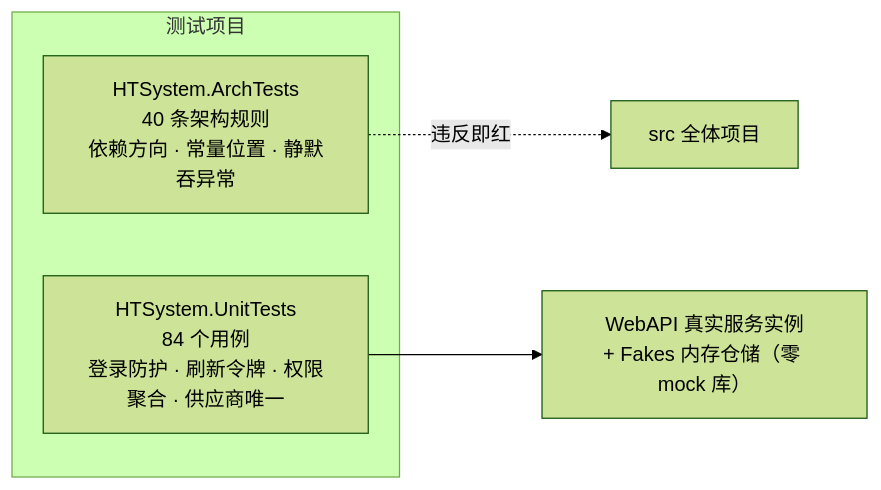
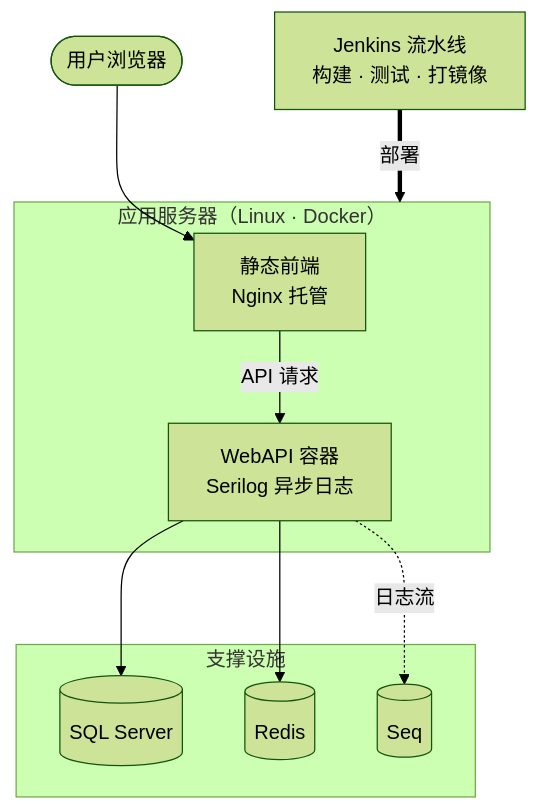
One commit to fuhuitao/htsystemdocs changed the fourth of 4 diagrams in docs/architecture/overall.md. Above: the diagram before and after it, drawn with Mermaid (forest theme). The commit also changed other lines of this file and 1 other file, not shown here.

First line of the commit message:
docs(architecture): 总体架构升级为多视角图集

````diff
--- a/docs/architecture/overall.md
+++ b/docs/architecture/overall.md
@@ -60,12 +146,24 @@
 ```mermaid
-flowchart LR
-    subgraph tests["测试项目"]
-        ARCH["HTSystem.ArchTests<br/>40 条架构规则<br/>依赖方向 · 常量位置 · 静默吞异常"]
-        UT["HTSystem.UnitTests<br/>84 个用例<br/>登录防护 · 刷新令牌 · 权限聚合 · 供应商唯一"]
+flowchart TB
+    USER(["用户浏览器"])
+
+    subgraph HOST["应用服务器（Linux · Docker）"]
+        WEB["静态前端<br/>Nginx 托管"]
+        API["WebAPI 容器<br/>Serilog 异步日志"]
     end
-    SRC["src 全体项目"]
-    API2["WebAPI 真实服务实例<br/>+ Fakes 内存仓储（零 mock 库）"]
 
-    ARCH -.违反即红.-> SRC
-    UT --> API2
+    subgraph SUPPORT["支撑设施"]
+        DB[("SQL Server")]
+        REDIS[("Redis")]
+        SEQ[("Seq")]
+    end
+
+    CI["Jenkins 流水线<br/>构建 · 测试 · 打镜像"]
+
+    USER --> WEB
+    WEB -- "API 请求" --> API
+    API --> DB
+    API --> REDIS
+    API -. "日志流" .-> SEQ
+    CI == "部署" ==> HOST
 ```
````
